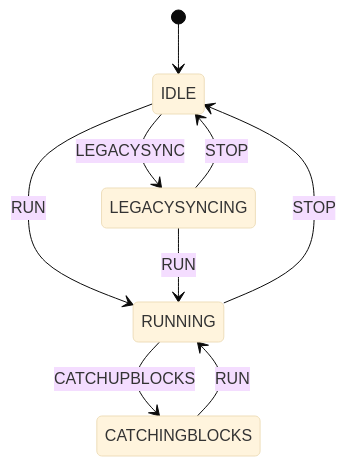
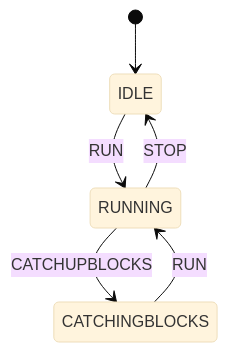
Before and after one commit to oskarszoon/teranode: the diagram in docs/state-machine.diagram.md, drawn with Mermaid (base theme). The commit also changed 25 other files, not shown here.

````diff
--- a/docs/state-machine.diagram.md
+++ b/docs/state-machine.diagram.md
@@ -7,11 +7,8 @@
 ```mermaid
 stateDiagram-v2
     [*] --> IDLE
     CATCHINGBLOCKS --> RUNNING: RUN
-    IDLE --> LEGACYSYNCING: LEGACYSYNC
     IDLE --> RUNNING: RUN
-    LEGACYSYNCING --> RUNNING: RUN
-    LEGACYSYNCING --> IDLE: STOP
     RUNNING --> CATCHINGBLOCKS: CATCHUPBLOCKS
     RUNNING --> IDLE: STOP
 ```
````
